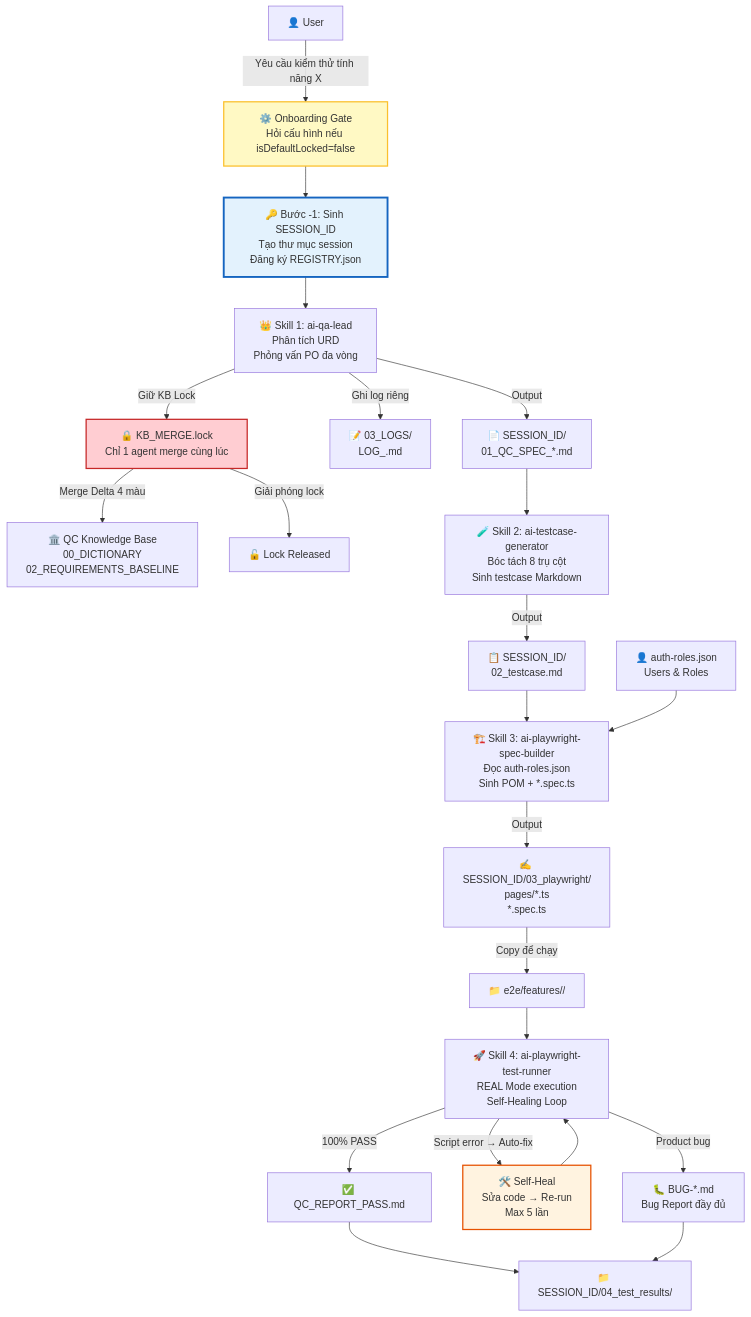
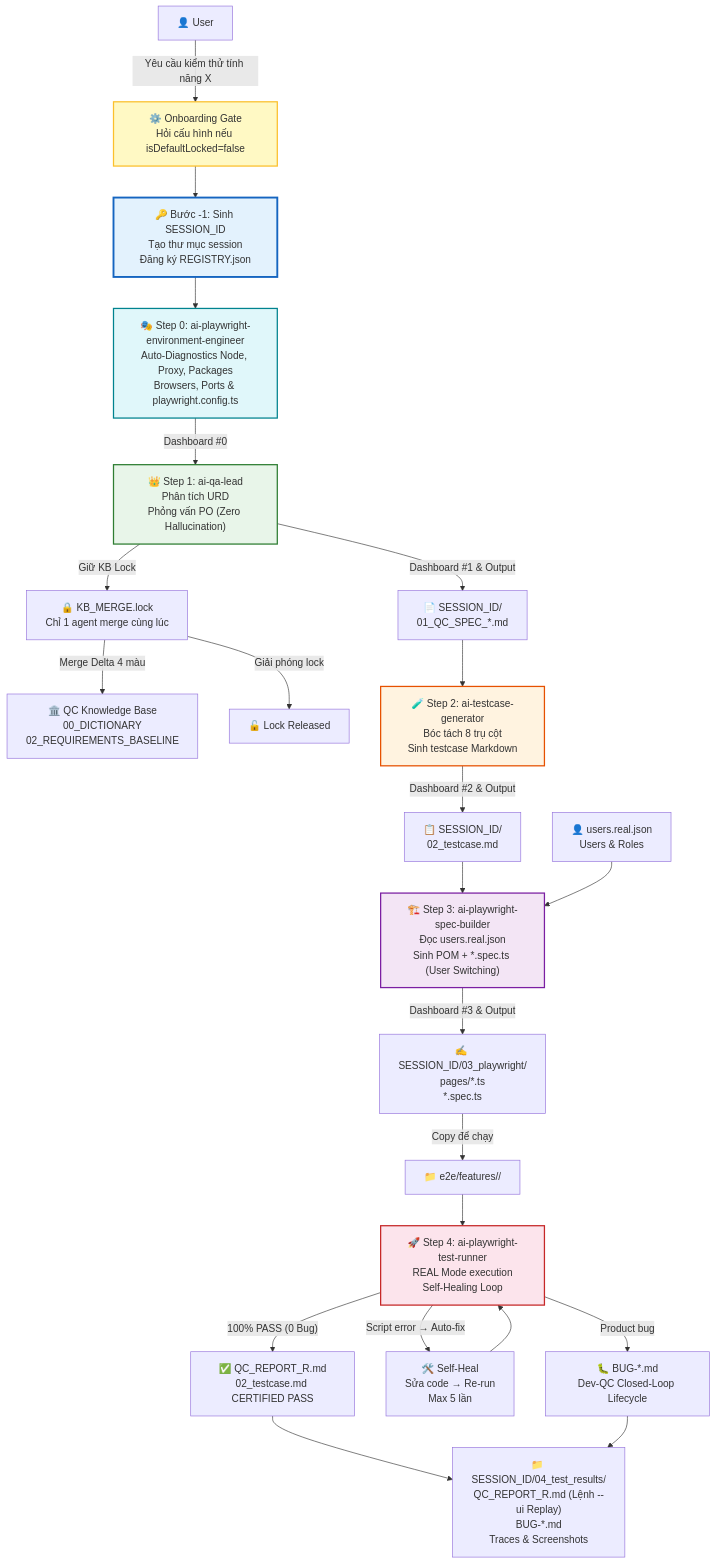
Before and after one commit to tibe2109/qc-playwright-workflow: the first of 3 diagrams in docs/WORKFLOW_DIAGRAM.md, drawn with Mermaid. The commit also changed other lines of this file and 3 other files, not shown here.

Commit message:
docs: update README, USAGE_GUIDE, SKILL_REFERENCE, and WORKFLOW_DIAGRAM for v2.4

````diff
--- a/docs/WORKFLOW_DIAGRAM.md
+++ b/docs/WORKFLOW_DIAGRAM.md
@@ -5,34 +5,38 @@
 ```mermaid
 graph TD
     USER["👤 User"] -->|"Yêu cầu kiểm thử tính năng X"| OB
     OB["⚙️ Onboarding Gate<br/>Hỏi cấu hình nếu isDefaultLocked=false"] --> INIT
-    INIT["🔑 Bước -1: Sinh SESSION_ID<br/>Tạo thư mục session<br/>Đăng ký REGISTRY.json"] --> S1
+    INIT["🔑 Bước -1: Sinh SESSION_ID<br/>Tạo thư mục session<br/>Đăng ký REGISTRY.json"] --> S0
 
-    S1["👑 Skill 1: ai-qa-lead<br/>Phân tích URD<br/>Phỏng vấn PO đa vòng"] -->|"Giữ KB Lock"| KB_LOCK["🔒 KB_MERGE.lock<br/>Chỉ 1 agent merge cùng lúc"]
+    S0["🎭 Step 0: ai-playwright-environment-engineer<br/>Auto-Diagnostics Node, Proxy, Packages<br/>Browsers, Ports & playwright.config.ts"] -->|"Dashboard #0"| S1
+
+    S1["👑 Step 1: ai-qa-lead<br/>Phân tích URD<br/>Phỏng vấn PO (Zero Hallucination)"] -->|"Giữ KB Lock"| KB_LOCK["🔒 KB_MERGE.lock<br/>Chỉ 1 agent merge cùng lúc"]
     KB_LOCK -->|"Merge Delta 4 màu"| KB["🏛️ QC Knowledge Base<br/>00_DICTIONARY<br/>02_REQUIREMENTS_BASELINE"]
     KB_LOCK -->|"Giải phóng lock"| KB_UNLOCK["🔓 Lock Released"]
-    S1 -->|"Ghi log riêng"| LOG["📝 03_LOGS/<br/>LOG_<SESSION_ID>.md"]
-    S1 -->|"Output"| QC_SPEC["📄 SESSION_ID/<br/>01_QC_SPEC_*.md"]
+    S1 -->|"Dashboard #1 & Output"| QC_SPEC["📄 SESSION_ID/<br/>01_QC_SPEC_*.md"]
 
-    QC_SPEC --> S2["🧪 Skill 2: ai-testcase-generator<br/>Bóc tách 8 trụ cột<br/>Sinh testcase Markdown"]
-    S2 -->|"Output"| TC["📋 SESSION_ID/<br/>02_testcase.md"]
+    QC_SPEC --> S2["🧪 Step 2: ai-testcase-generator<br/>Bóc tách 8 trụ cột<br/>Sinh testcase Markdown"]
+    S2 -->|"Dashboard #2 & Output"| TC["📋 SESSION_ID/<br/>02_testcase.md"]
 
-    TC --> S3["🏗️ Skill 3: ai-playwright-spec-builder<br/>Đọc auth-roles.json<br/>Sinh POM + *.spec.ts"]
-    AUTH["👤 auth-roles.json<br/>Users & Roles"] --> S3
-    S3 -->|"Output"| SPEC["✍️ SESSION_ID/03_playwright/<br/>pages/*.ts<br/>*.spec.ts"]
+    TC --> S3["🏗️ Step 3: ai-playwright-spec-builder<br/>Đọc users.real.json<br/>Sinh POM + *.spec.ts (User Switching)"]
+    AUTH["👤 users.real.json<br/>Users & Roles"] --> S3
+    S3 -->|"Dashboard #3 & Output"| SPEC["✍️ SESSION_ID/03_playwright/<br/>pages/*.ts<br/>*.spec.ts"]
     SPEC -->|"Copy để chạy"| E2E["📁 e2e/features/<FEATURE>/"]
 
-    E2E --> S4["🚀 Skill 4: ai-playwright-test-runner<br/>REAL Mode execution<br/>Self-Healing Loop"]
-    S4 -->|"100% PASS"| PASS["✅ QC_REPORT_PASS.md"]
+    E2E --> S4["🚀 Step 4: ai-playwright-test-runner<br/>REAL Mode execution<br/>Self-Healing Loop"]
+    S4 -->|"100% PASS (0 Bug)"| PASS["✅ QC_REPORT_R<N>.md<br/>02_testcase.md CERTIFIED PASS"]
     S4 -->|"Script error → Auto-fix"| HEAL["🛠️ Self-Heal<br/>Sửa code → Re-run<br/>Max 5 lần"]
     HEAL --> S4
-    S4 -->|"Product bug"| BUG["🐛 BUG-*.md<br/>Bug Report đầy đủ"]
+    S4 -->|"Product bug"| BUG["🐛 BUG-*.md<br/>Dev-QC Closed-Loop Lifecycle"]
 
-    PASS --> SESSION_OUT["📁 SESSION_ID/04_test_results/"]
+    PASS --> SESSION_OUT["📁 SESSION_ID/04_test_results/<br/>QC_REPORT_R<N>.md (Lệnh --ui Replay)<br/>BUG-*.md<br/>Traces & Screenshots"]
     BUG --> SESSION_OUT
 
     style OB fill:#fff9c4,stroke:#fbc02d,stroke-width:2px
     style INIT fill:#e3f2fd,stroke:#1565c0,stroke-width:3px
-    style KB_LOCK fill:#ffcdd2,stroke:#c62828,stroke-width:2px
-    style HEAL fill:#fff3e0,stroke:#e65100,stroke-width:2px
+    style S0 fill:#e0f7fa,stroke:#00838f,stroke-width:2px
+    style S1 fill:#e8f5e9,stroke:#2e7d32,stroke-width:2px
+    style S2 fill:#fff3e0,stroke:#e65100,stroke-width:2px
+    style S3 fill:#f3e5f5,stroke:#7b1fa2,stroke-width:2px
+    style S4 fill:#fce4ec,stroke:#c62828,stroke-width:2px
 ```
````
